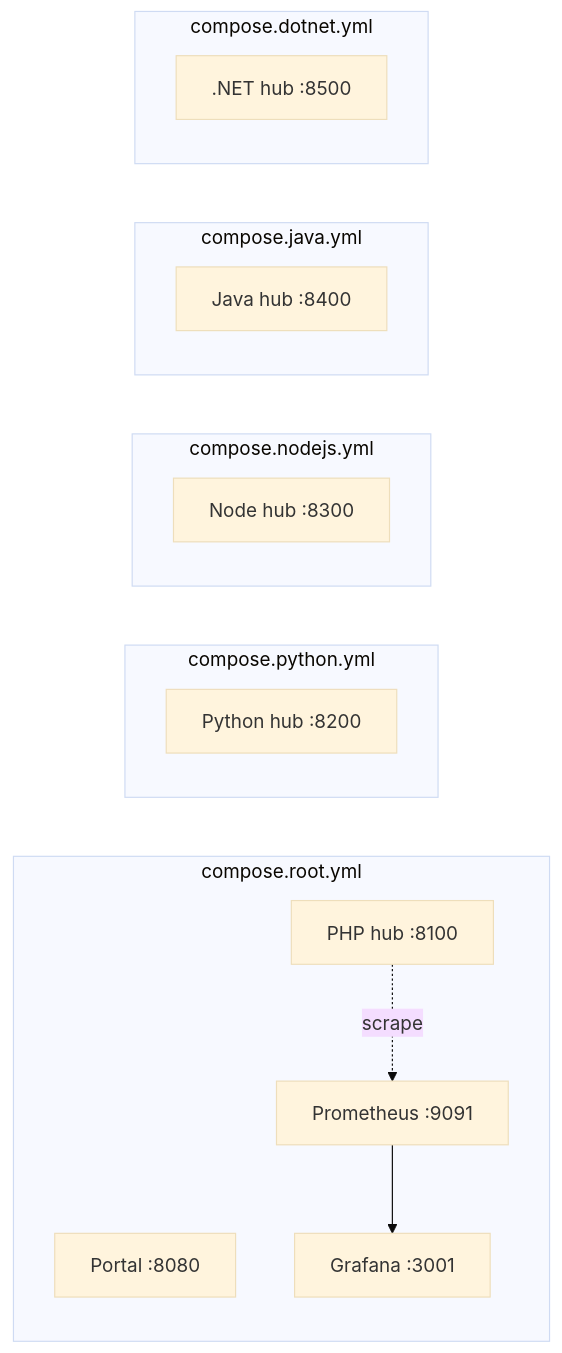
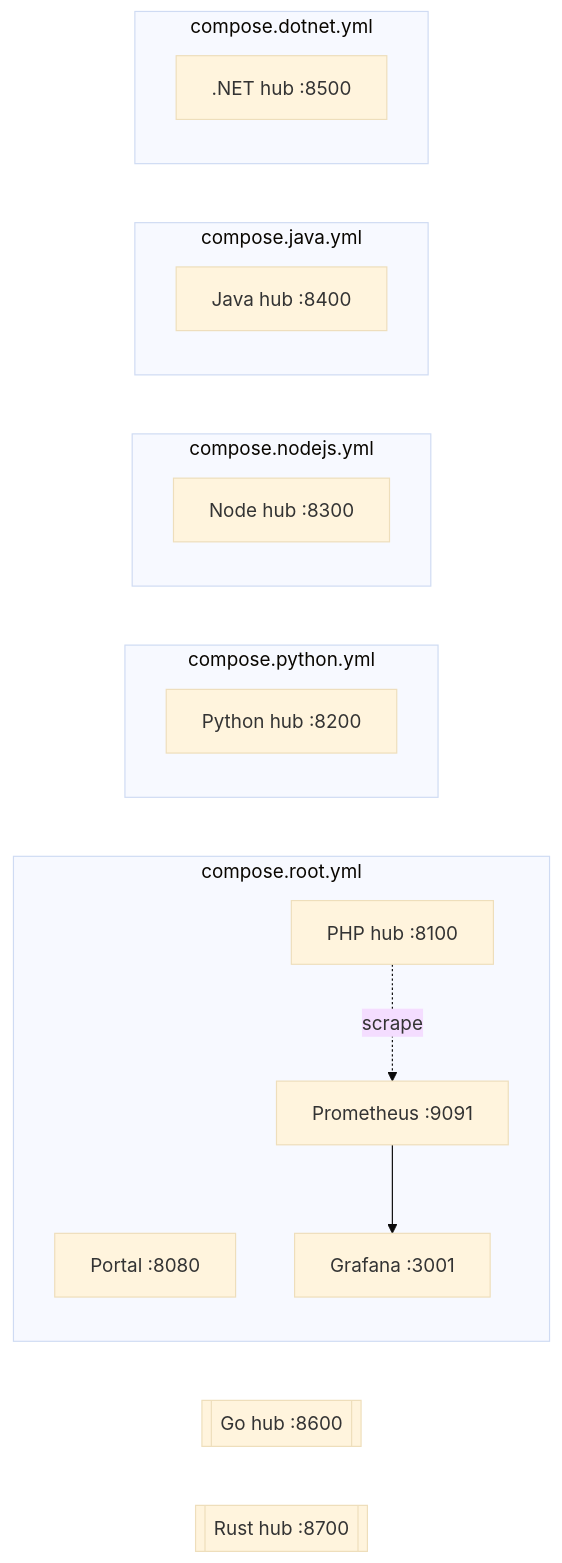
One commit to vladimiracunadev-create/problem-driven-systems-lab changed the diagram in INSTALL.md. Above: the diagram before and after it, drawn with Mermaid (base theme). The commit also changed other lines of this file and 50 other files, not shown here.

````diff
--- a/INSTALL.md
+++ b/INSTALL.md
@@ -42,37 +44,39 @@
 ```mermaid
 flowchart LR
     portal["Portal :8080"]
     php["PHP hub :8100"]
     py["Python hub :8200"]
     node["Node hub :8300"]
     java["Java hub :8400"]
     net[".NET hub :8500"]
+    go[["Go hub :8600"]]
+    rs[["Rust hub :8700"]]
     prom["Prometheus :9091"]
     graf["Grafana :3001"]
 
     subgraph root["compose.root.yml"]
         portal
         php
         prom
         graf
     end
 
     subgraph py_compose["compose.python.yml"]
         py
     end
 
     subgraph node_compose["compose.nodejs.yml"]
         node
     end
 
     subgraph java_compose["compose.java.yml"]
         java
     end
 
     subgraph net_compose["compose.dotnet.yml"]
         net
     end
 
     php -.->|scrape| prom
     prom --> graf
 ```
````
